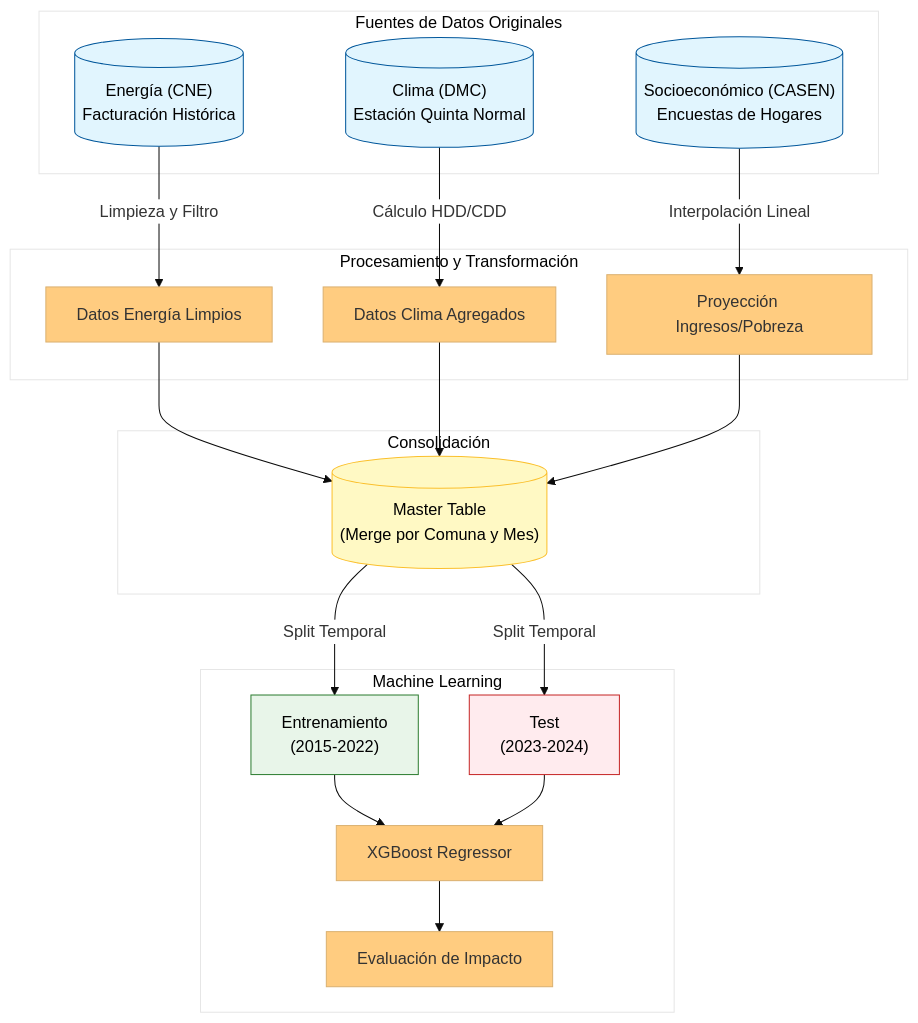
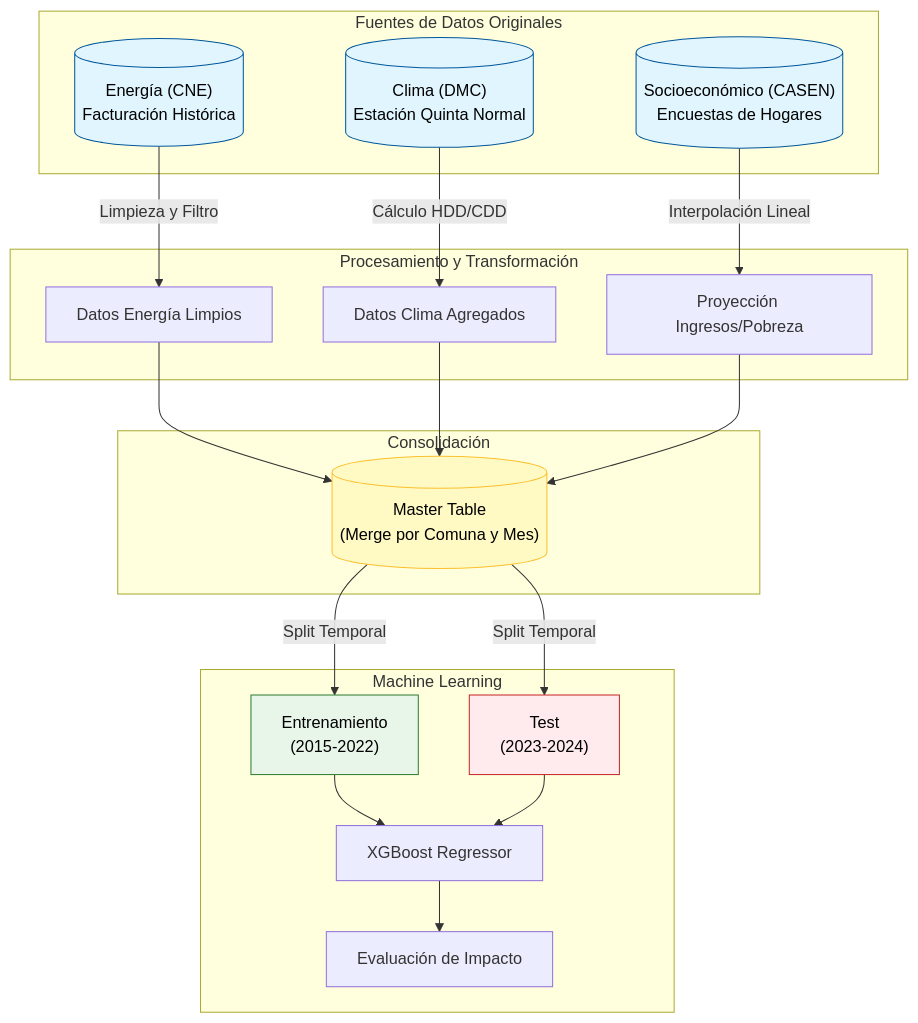
Before and after one commit to vtyphoonic/vtyphoonic.github.io: the diagram in README.md, drawn with Mermaid.

Commit message:
Simplify mermaid diagram configuration
Removed unnecessary theme initialization in mermaid diagram.

````diff
--- a/README.md
+++ b/README.md
@@ -25,34 +25,33 @@
 ```mermaid
-%%{init: {'theme': 'base', 'themeVariables': { 'primaryColor': '#ffcc80', 'edgeLabelBackground':'#ffffff', 'tertiaryColor': '#fff'}}}%%
 graph TD
     subgraph Fuentes [Fuentes de Datos Originales]
         A[("Energía (CNE)\nFacturación Histórica")]:::blue
         B[("Clima (DMC)\nEstación Quinta Normal")]:::blue
         C[("Socioeconómico (CASEN)\nEncuestas de Hogares")]:::blue
     end
 
     subgraph ETL [Procesamiento y Transformación]
         A -->|Limpieza y Filtro| D[Datos Energía Limpios]
         B -->|Cálculo HDD/CDD| E[Datos Clima Agregados]
         C -->|Interpolación Lineal| F[Proyección Ingresos/Pobreza]
     end
 
     subgraph Master [Consolidación]
         D --> G[("Master Table\n(Merge por Comuna y Mes)")]:::gold
         E --> G
         F --> G
     end
 
     subgraph Modelo [Machine Learning]
         G -->|Split Temporal| H["Entrenamiento\n(2015-2022)"]:::green
         G -->|Split Temporal| I["Test\n(2023-2024)"]:::red
         H --> J[XGBoost Regressor]
         I --> J
         J --> K[Evaluación de Impacto]
     end
 
     classDef blue fill:#e1f5fe,stroke:#01579b,color:black;
     classDef gold fill:#fff9c4,stroke:#fbc02d,color:black;
     classDef green fill:#e8f5e9,stroke:#2e7d32,color:black;
     classDef red fill:#ffebee,stroke:#c62828,color:black;
 ```
````
